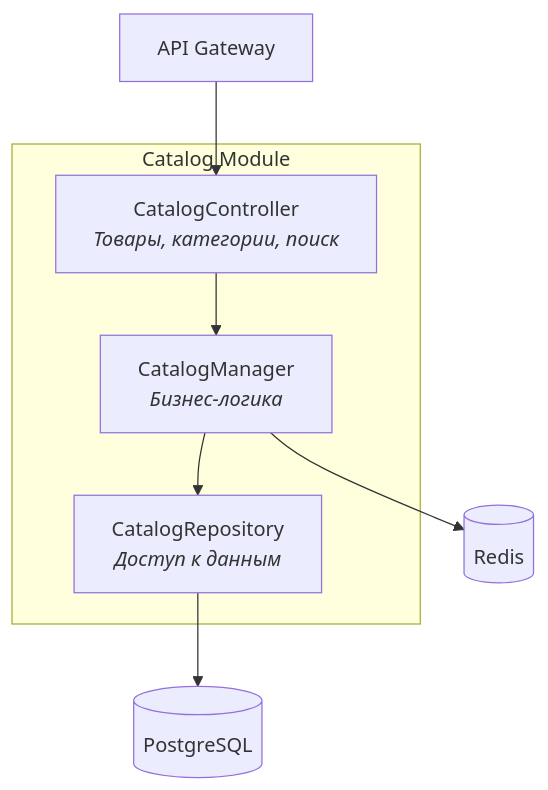
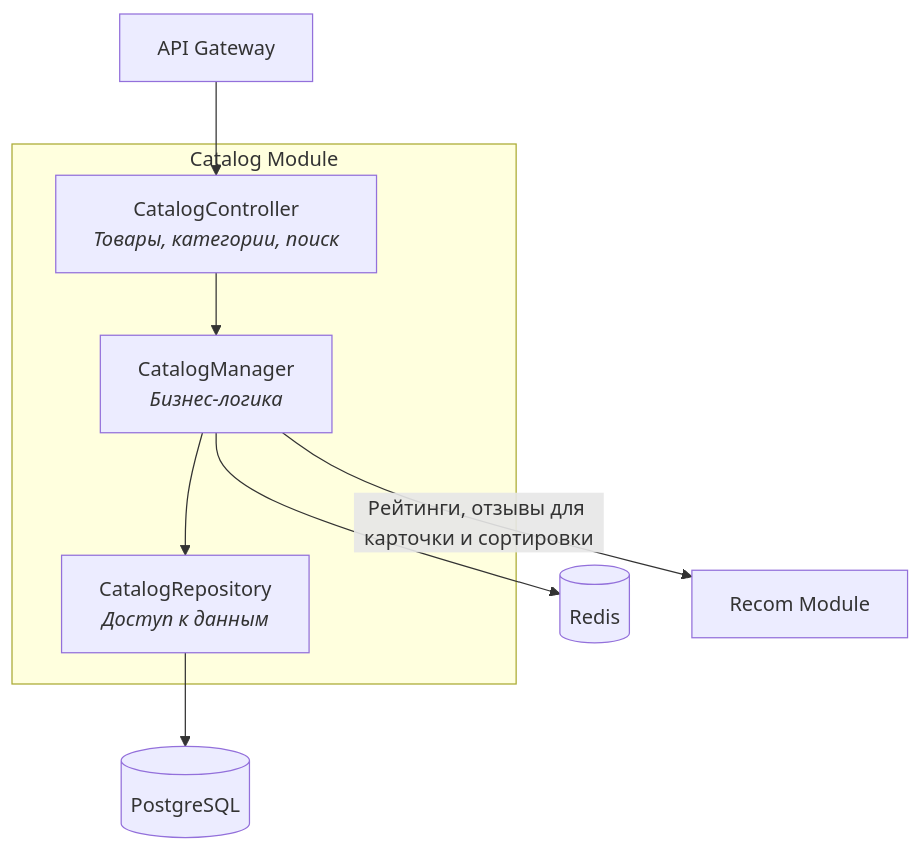
Before and after one commit to EkaterinaNikolaeva/hse-arch-and-design-is: the fifth of 11 diagrams in task-1/docs/TASK1.md, drawn with Mermaid. The commit also changed other lines of this file, not shown here.

Commit message:
add recom module to diagrams

````diff
--- a/task-1/docs/TASK1.md
+++ b/task-1/docs/TASK1.md
@@ -366,14 +375,15 @@
 ```mermaid
 flowchart TB
     subgraph CatalogModule ["Catalog Module"]
         CatalogCtrl["CatalogController<br/><i>Товары, категории, поиск</i>"]
         CatalogMgr["CatalogManager<br/><i>Бизнес-логика</i>"]
         CatalogRepo["CatalogRepository<br/><i>Доступ к данным</i>"]
     end
 
     API["API Gateway"] --> CatalogCtrl
     CatalogCtrl --> CatalogMgr
     CatalogMgr --> CatalogRepo
     CatalogRepo --> DB[("PostgreSQL")]
     CatalogMgr --> Cache[("Redis")]
+    CatalogMgr -->|"Рейтинги, отзывы для карточки и сортировки"| Recom["Recom Module"]
 ```
````
